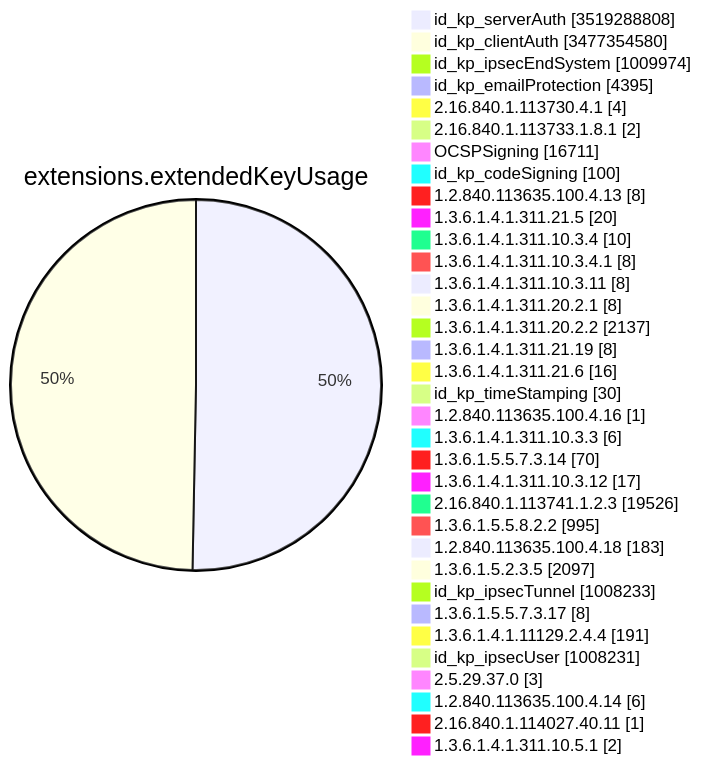
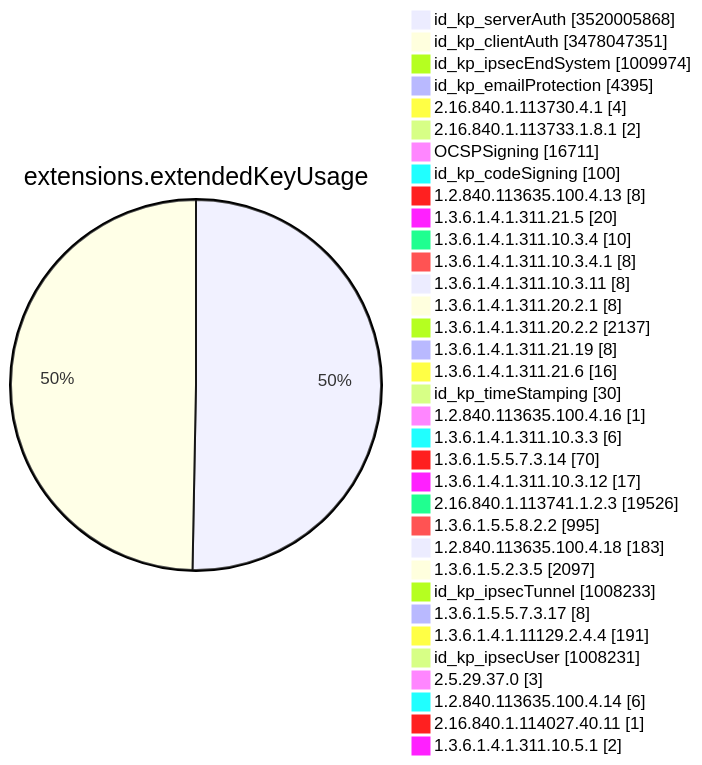
Diagram 11 of 15 in TOTAL/README.md (christiankrug/ctmonitor_visualization), drawn with Mermaid before and after one commit. The commit also changed other lines of this file, not shown here.

````diff
--- a/TOTAL/README.md
+++ b/TOTAL/README.md
@@ -4126,38 +4126,38 @@
 ```mermaid
 pie showData
 title extensions.extendedKeyUsage
-"id_kp_serverAuth" :3519288808
-"id_kp_clientAuth" :3477354580
+"id_kp_serverAuth" :3520005868
+"id_kp_clientAuth" :3478047351
 "id_kp_ipsecEndSystem" :1009974
 "id_kp_emailProtection" :4395
 "2.16.840.1.113730.4.1" :4
 "2.16.840.1.113733.1.8.1" :2
 "OCSPSigning" :16711
 "id_kp_codeSigning" :100
 "1.2.840.113635.100.4.13" :8
 "1.3.6.1.4.1.311.21.5" :20
 "1.3.6.1.4.1.311.10.3.4" :10
 "1.3.6.1.4.1.311.10.3.4.1" :8
 "1.3.6.1.4.1.311.10.3.11" :8
 "1.3.6.1.4.1.311.20.2.1" :8
 "1.3.6.1.4.1.311.20.2.2" :2137
 "1.3.6.1.4.1.311.21.19" :8
 "1.3.6.1.4.1.311.21.6" :16
 "id_kp_timeStamping" :30
 "1.2.840.113635.100.4.16" :1
 "1.3.6.1.4.1.311.10.3.3" :6
 "1.3.6.1.5.5.7.3.14" :70
 "1.3.6.1.4.1.311.10.3.12" :17
 "2.16.840.1.113741.1.2.3" :19526
 "1.3.6.1.5.5.8.2.2" :995
 "1.2.840.113635.100.4.18" :183
 "1.3.6.1.5.2.3.5" :2097
 "id_kp_ipsecTunnel" :1008233
 "1.3.6.1.5.5.7.3.17" :8
 "1.3.6.1.4.1.11129.2.4.4" :191
 "id_kp_ipsecUser" :1008231
 "2.5.29.37.0" :3
 "1.2.840.113635.100.4.14" :6
 "2.16.840.1.114027.40.11" :1
 "1.3.6.1.4.1.311.10.5.1" :2
 ```
````
